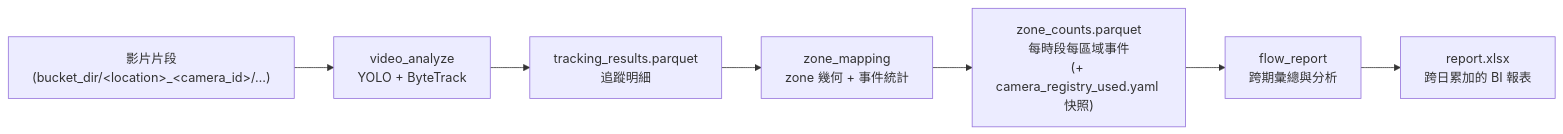
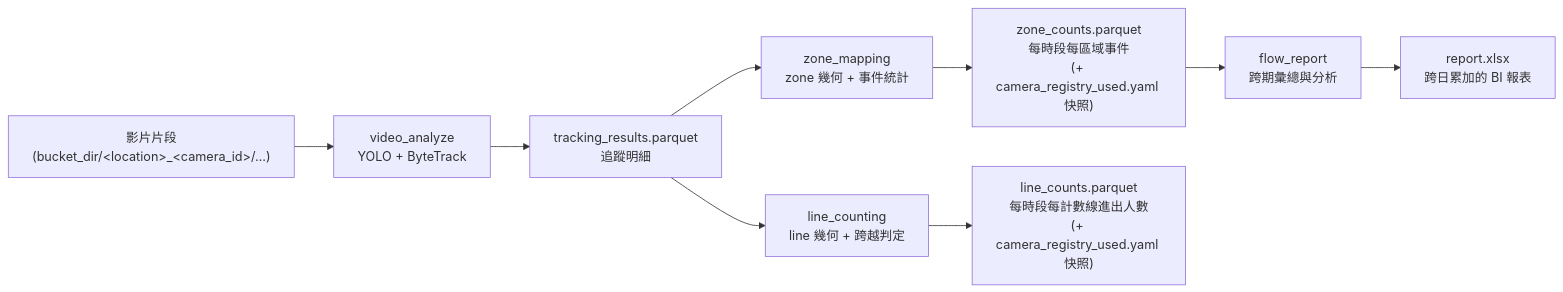
Before and after one commit to ivansu-eslite/video-flow-analytics: the diagram in README.md, drawn with Mermaid. The commit also changed other lines of this file, not shown here.

First line of the commit message:
docs(readme): 根 README 補上 line_counting 並修正過期敘述

````diff
--- a/README.md
+++ b/README.md
@@ -32,12 +38,15 @@
 ```mermaid
 flowchart LR
     V["影片片段<br/>(bucket_dir/&lt;location&gt;_&lt;camera_id&gt;/…)"]
     A["video_analyze<br/>YOLO + ByteTrack"]
     T["tracking_results.parquet<br/>追蹤明細"]
     Z["zone_mapping<br/>zone 幾何 + 事件統計"]
     C["zone_counts.parquet<br/>每時段每區域事件<br/>(+ camera_registry_used.yaml 快照)"]
+    L["line_counting<br/>line 幾何 + 跨越判定"]
+    N["line_counts.parquet<br/>每時段每計數線進出人數<br/>(+ camera_registry_used.yaml 快照)"]
     R["flow_report<br/>跨期彙總與分析"]
     X["report.xlsx<br/>跨日累加的 BI 報表"]
 
     V --> A --> T --> Z --> C --> R --> X
+    T --> L --> N
 ```
````
